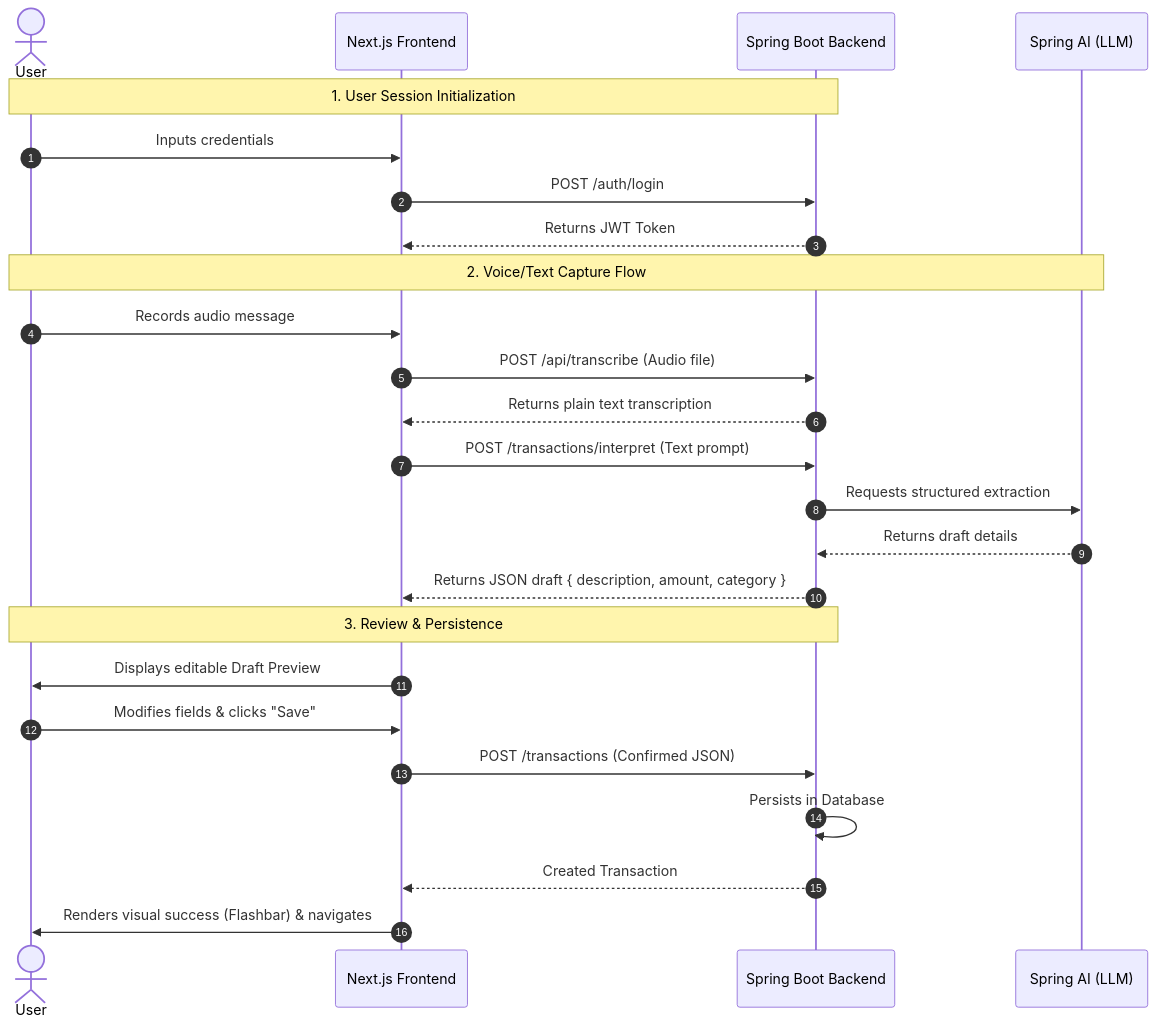
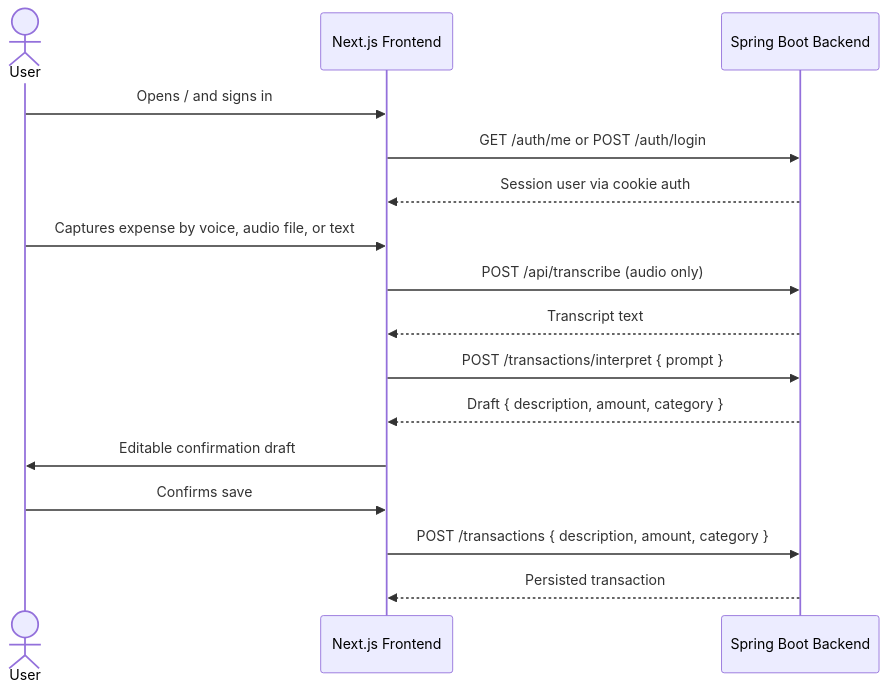
The diagram in docs/PRD.md (nicolassbon/budgeting-frontend), drawn with Mermaid before and after one commit. The commit also changed other lines of this file and 2 other files, not shown here.

Commit message:
feat: update AGENTS.md and PRD.md for architecture and API contract clarifications; add README.md for project overview and setup instructions

````diff
--- a/docs/PRD.md
+++ b/docs/PRD.md
@@ -15,33 +25,20 @@
 ```mermaid
 sequenceDiagram
-    autonumber
     actor User
     participant FE as Next.js Frontend
     participant BE as Spring Boot Backend
-    participant LLM as Spring AI (LLM)
 
-    %% Authentication
-    Note over User, BE: 1. User Session Initialization
-    User->>FE: Inputs credentials
-    FE->>BE: POST /auth/login
-    BE-->>FE: Returns JWT Token
+    User->>FE: Opens / and signs in
+    FE->>BE: GET /auth/me or POST /auth/login
+    BE-->>FE: Session user via cookie auth
 
-    %% Capture Flow
-    Note over User, LLM: 2. Voice/Text Capture Flow
-    User->>FE: Records audio message
-    FE->>BE: POST /api/transcribe (Audio file)
-    BE-->>FE: Returns plain text transcription
-    FE->>BE: POST /transactions/interpret (Text prompt)
-    BE->>LLM: Requests structured extraction
-    LLM-->>BE: Returns draft details
-    BE-->>FE: Returns JSON draft { description, amount, category }
-
-    %% Confirmation & Saving
-    Note over User, BE: 3. Review & Persistence
-    FE->>User: Displays editable Draft Preview
-    User->>FE: Modifies fields & clicks "Save"
-    FE->>BE: POST /transactions (Confirmed JSON)
-    BE->>BE: Persists in Database
-    BE-->>FE: Created Transaction
-    FE->>User: Renders visual success (Flashbar) & navigates
+    User->>FE: Captures expense by voice, audio file, or text
+    FE->>BE: POST /api/transcribe (audio only)
+    BE-->>FE: Transcript text
+    FE->>BE: POST /transactions/interpret { prompt }
+    BE-->>FE: Draft { description, amount, category }
+    FE->>User: Editable confirmation draft
+    User->>FE: Confirms save
+    FE->>BE: POST /transactions { description, amount, category }
+    BE-->>FE: Persisted transaction
 ```
````
